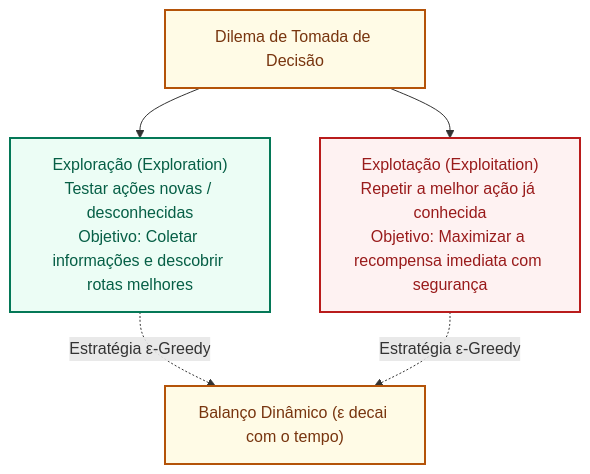
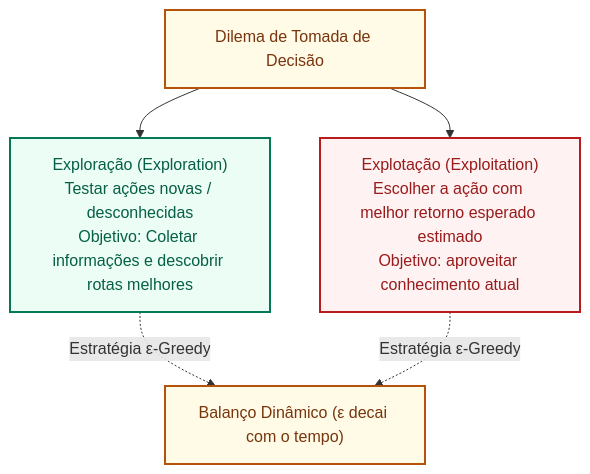
Before and after one commit to leorruas/concursos: the second of 2 diagrams in 3 - Materias/Informatica/20 - aprendizagem por reforco e comparacao de modelos de machine learning.md, drawn with Mermaid. The commit also changed other lines of this file, not shown here.

````diff
--- a/3 - Materias/Informatica/20 - aprendizagem por reforco e comparacao de modelos de machine learning.md
+++ b/3 - Materias/Informatica/20 - aprendizagem por reforco e comparacao de modelos de machine learning.md
@@ -68,14 +68,14 @@
 ```mermaid
 flowchart TD
     classDef dilema fill:#fffbe6,stroke:#b45309,stroke-width:2px,color:#78350f;
     classDef exp fill:#ecfdf5,stroke:#047857,stroke-width:2px,color:#065f46;
     classDef explt fill:#fef2f2,stroke:#b91c1c,stroke-width:2px,color:#991b1b;
 
     D["Dilema de Tomada de Decisão"]:::dilema
 
     D --> E["Exploração (Exploration)<br>Testar ações novas / desconhecidas<br>Objetivo: Coletar informações e descobrir rotas melhores"]:::exp
-    D --> X["Explotação (Exploitation)<br>Repetir a melhor ação já conhecida<br>Objetivo: Maximizar a recompensa imediata com segurança"]:::explt
+    D --> X["Explotação (Exploitation)<br>Escolher a ação com melhor retorno esperado estimado<br>Objetivo: aproveitar conhecimento atual"]:::explt
 
     E -.->|"Estratégia &epsilon;-Greedy"| Equilíbrio["Balanço Dinâmico (&epsilon; decai com o tempo)"]:::dilema
     X -.->|"Estratégia &epsilon;-Greedy"| Equilíbrio
 ```
````
